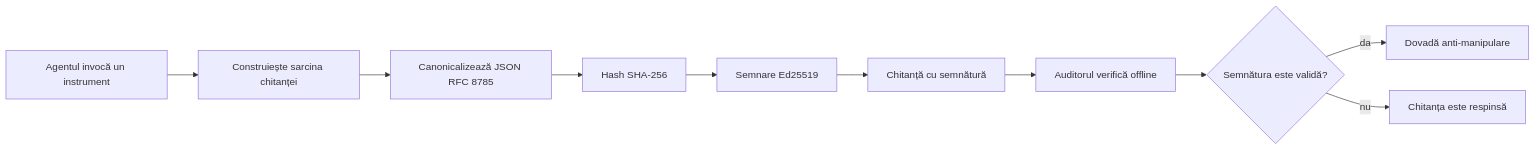
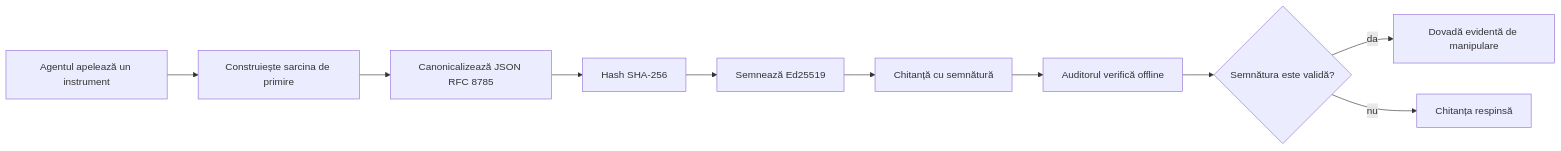
One commit to microsoft/ai-agents-for-beginners changed the first of 2 diagrams in translations/ro/18-securing-ai-agents/README.md. Above: the diagram before and after it, drawn with Mermaid. The commit also changed other lines of this file and 93 other files, not shown here.

````diff
--- a/translations/ro/18-securing-ai-agents/README.md
+++ b/translations/ro/18-securing-ai-agents/README.md
@@ -51,12 +51,12 @@
 ```mermaid
 flowchart LR
-    A[Agentul invocă un instrument] --> B[Construiește sarcina chitanței]
+    A[Agentul apelează un instrument] --> B[Construiește sarcina de primire]
     B --> C[Canonicalizează JSON RFC 8785]
     C --> D[Hash SHA-256]
-    D --> E[Semnare Ed25519]
+    D --> E[Semnează Ed25519]
     E --> F[Chitanță cu semnătură]
     F --> G[Auditorul verifică offline]
     G --> H{Semnătura este validă?}
-    H -- da --> I[Dovadă anti-manipulare]
-    H -- nu --> J[Chitanța este respinsă]
+    H -- da --> I[Dovadă evidentă de manipulare]
+    H -- nu --> J[Chitanța respinsă]
 ```
````
